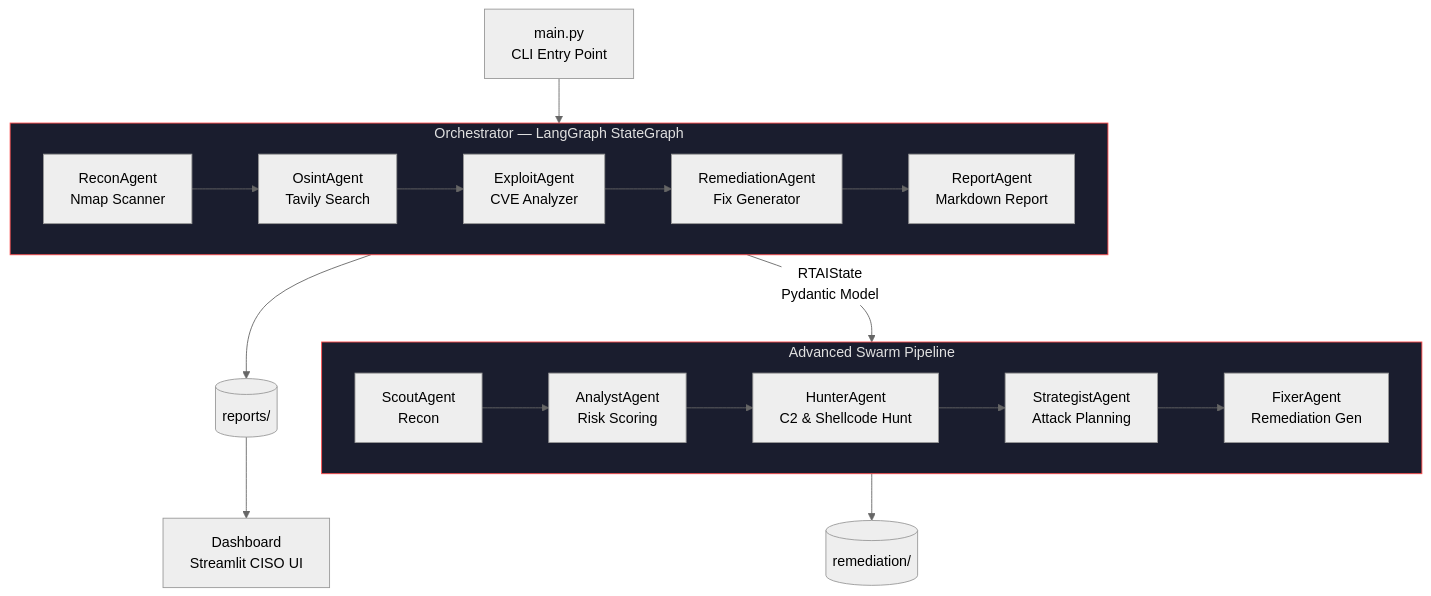
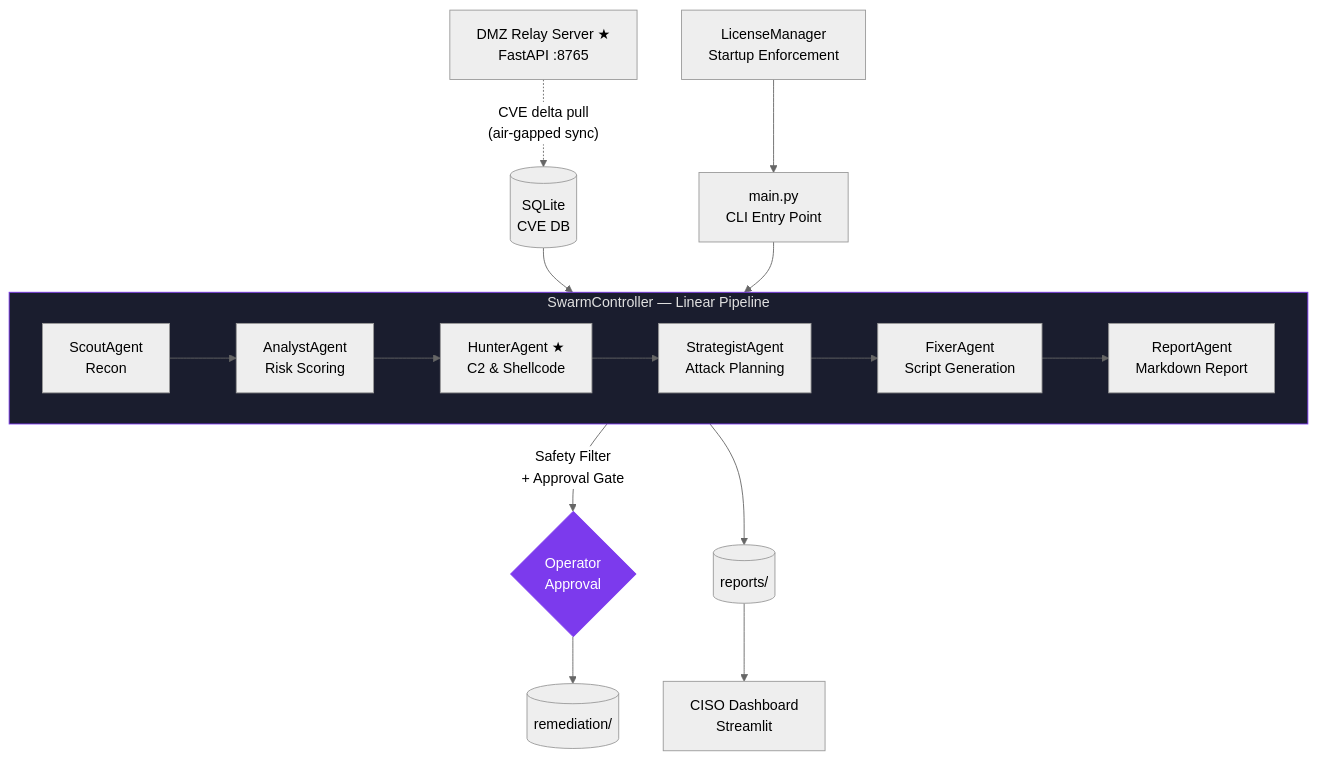
One commit to CyberSentinel-sys/RTAI changed the diagram in README.md. Above: the diagram before and after it, drawn with Mermaid (neutral theme). The commit also changed other lines of this file and 5 other files, not shown here.

First line of the commit message:
feat: commercial rebrand, enterprise reporting, and product roadmap

````diff
--- a/README.md
+++ b/README.md
@@ -30,29 +141,25 @@
 ```mermaid
 graph TD
-    CLI["main.py\nCLI Entry Point"] --> ORC
+    LIC["LicenseManager\nStartup Enforcement"] --> CLI
+    CLI["main.py\nCLI Entry Point"] --> SW
 
-    subgraph ORC["Orchestrator — LangGraph StateGraph"]
+    subgraph SW["SwarmController — Linear Pipeline"]
         direction LR
-        RC[ReconAgent\nNmap Scanner] --> OS[OsintAgent\nTavily Search]
-        OS --> EX[ExploitAgent\nCVE Analyzer]
-        EX --> RM[RemediationAgent\nFix Generator]
-        RM --> RP[ReportAgent\nMarkdown Report]
+        SC[ScoutAgent\nRecon] --> AN[AnalystAgent\nRisk Scoring]
+        AN --> HU["HunterAgent ★\nC2 & Shellcode"]
+        HU --> ST[StrategistAgent\nAttack Planning]
+        ST --> FX[FixerAgent\nScript Generation]
+        FX --> RP[ReportAgent\nMarkdown Report]
     end
 
-    subgraph SWARM["Advanced Swarm Pipeline"]
-        direction LR
-        SC[ScoutAgent\nRecon] --> AN[AnalystAgent\nRisk Scoring]
-        AN --> HU[HunterAgent\nC2 & Shellcode Hunt]
-        HU --> ST[StrategistAgent\nAttack Planning]
-        ST --> FX[FixerAgent\nRemediation Gen]
-    end
+    FX -- "Safety Filter\n+ Approval Gate" --> GATE{Operator\nApproval}
+    GATE --> REMED[(remediation/)]
+    RP --> REPORTS[(reports/)]
+    REPORTS --> DASH[CISO Dashboard\nStreamlit]
 
-    ORC -- "RTAIState\nPydantic Model" --> SWARM
+    DMZ["DMZ Relay Server ★\nFastAPI :8765"] -. "CVE delta pull\n(air-gapped sync)" .-> DB[(SQLite\nCVE DB)]
+    DB --> AN
 
-    RP --> REPORTS[(reports/)]
-    FX --> REMED[(remediation/)]
-    REPORTS --> DASH[Dashboard\nStreamlit CISO UI]
-
-    style ORC fill:#1A1D2E,color:#E0E0E0,stroke:#FF4B4B
-    style SWARM fill:#1A1D2E,color:#E0E0E0,stroke:#FF4B4B
+    style SW fill:#1A1D2E,color:#E0E0E0,stroke:#7C3AED
+    style GATE fill:#7C3AED,color:#fff,stroke:#7C3AED
 ```
````
